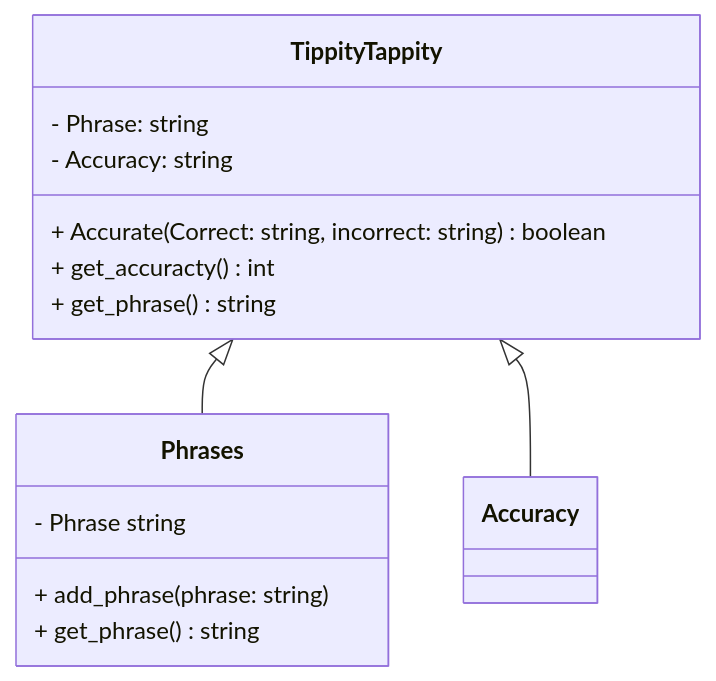
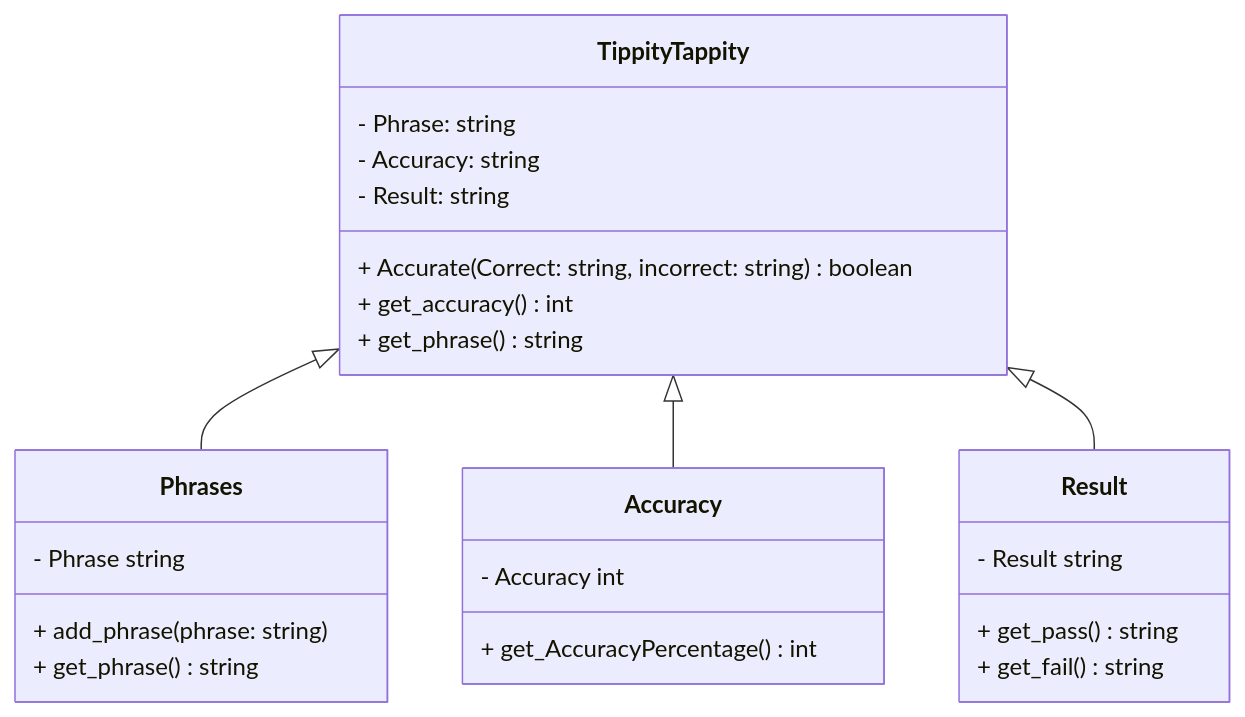
The diagram in README.md (Bunderwood2676/tippitytappity-design), drawn with Mermaid before and after one commit.

Commit message:
Fix typos and update class diagram in README

````diff
--- a/README.md
+++ b/README.md
@@ -8,21 +8,31 @@
 ```mermaid
 classDiagram
    TippityTappity<|-- Phrases
    TippityTappity<|-- Accuracy
+   TippityTappity<|-- Result
   class TippityTappity{
         - Phrase: string
         - Accuracy: string
+        - Result: string
         + Accurate(Correct: string, incorrect: string) boolean
-        + get_accuracty() int
+        + get_accuracy() int
         + get_phrase() string
   }
   class Phrases{
         - Phrase string
         + add_phrase(phrase: string)
         + get_phrase() string
   }
 
   class Accuracy{
-}
+        - Accuracy int
+        + get_AccuracyPercentage() int
+  }
+
+  class Result{
+        - Result string
+        + get_pass() string
+        + get_fail() string
+  }
         
 ```
````
